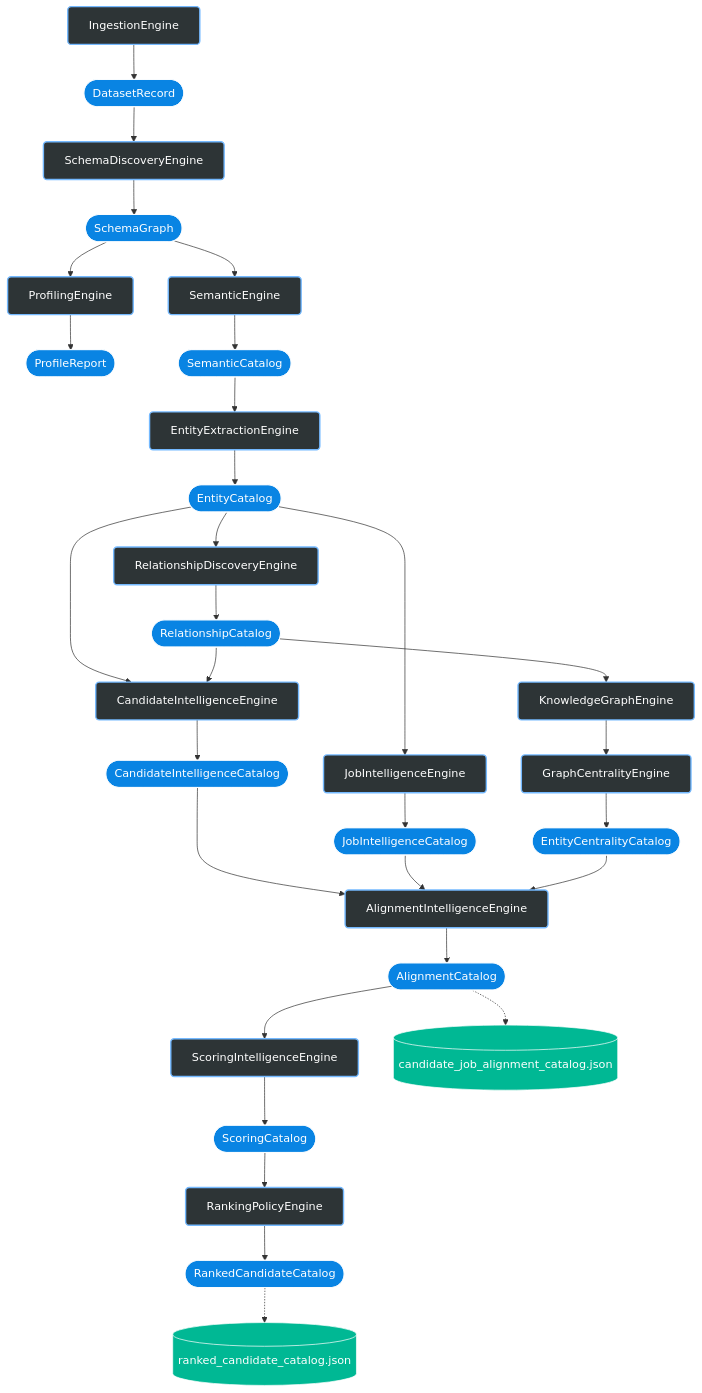
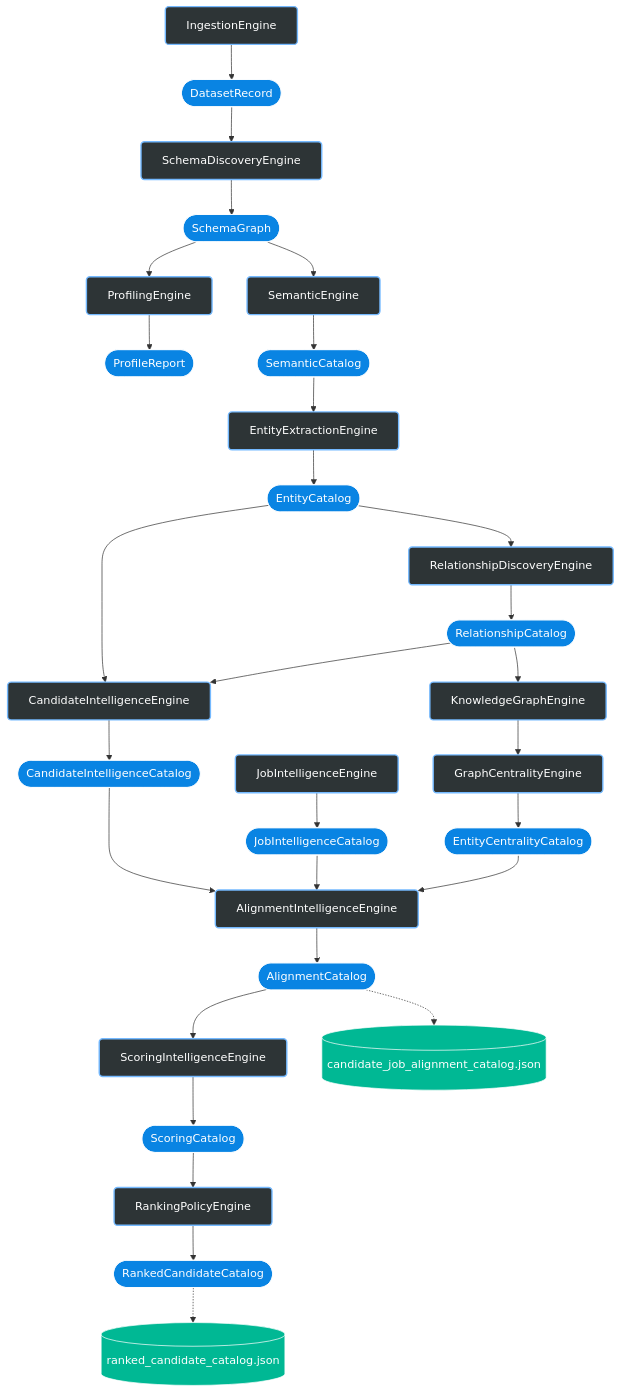
One commit to SaiKarthik547/Ranker-System changed the second of 5 diagrams in README.md. Above: the diagram before and after it, drawn with Mermaid. The commit also changed other lines of this file and 2 other files, not shown here.

Commit message:
docs: refine scoring terminology, clarify engine heuristics, expand test documentation, and add hackathon submission details and architecture updates to README.md

````diff
--- a/README.md
+++ b/README.md
@@ -205,73 +234,73 @@
 ```mermaid
 flowchart TD
     %% Styling
     classDef contract fill:#0984e3,stroke:#fff,stroke-width:1px,color:#fff,rx:10px,ry:10px
     classDef engine fill:#2d3436,stroke:#74b9ff,stroke-width:2px,color:#fff,rx:5px,ry:5px
     classDef artifact fill:#00b894,stroke:#fff,stroke-width:1px,color:#fff,shape:cylinder
 
     %% Data Inputs
     DR([DatasetRecord]):::contract
     SG([SchemaGraph]):::contract
     
     %% Semantic & Entities
     PR([ProfileReport]):::contract
     SC([SemanticCatalog]):::contract
     EC([EntityCatalog]):::contract
     RC([RelationshipCatalog]):::contract
     
     %% Graph Assembly
     CIC([CandidateIntelligenceCatalog]):::contract
     JIC([JobIntelligenceCatalog]):::contract
     ECC([EntityCentralityCatalog]):::contract
     
     %% Alignment and Scoring
     AC([AlignmentCatalog]):::contract
     SCORE([ScoringCatalog]):::contract
     RANK([RankedCandidateCatalog]):::contract
 
     %% Engines
     Eng1[IngestionEngine]:::engine
     Eng2[SchemaDiscoveryEngine]:::engine
     Eng3[ProfilingEngine]:::engine
     Eng4[SemanticEngine]:::engine
     Eng5[EntityExtractionEngine]:::engine
     Eng6[RelationshipDiscoveryEngine]:::engine
     Eng11[CandidateIntelligenceEngine]:::engine
     Eng12[KnowledgeGraphEngine]:::engine
     Eng13[GraphCentralityEngine]:::engine
     Eng14[JobIntelligenceEngine]:::engine
     Eng15[AlignmentIntelligenceEngine]:::engine
     Eng16[ScoringIntelligenceEngine]:::engine
     Eng17[RankingPolicyEngine]:::engine
 
     %% Artifacts
     A1[(ranked_candidate_catalog.json)]:::artifact
     A2[(candidate_job_alignment_catalog.json)]:::artifact
 
     %% Tracing Path
     Eng1 --> DR
     DR --> Eng2 --> SG
     SG --> Eng3 --> PR
     SG --> Eng4 --> SC
     SC --> Eng5 --> EC
     EC --> Eng6 --> RC
     
     EC --> Eng11
     RC --> Eng11
     Eng11 --> CIC
     
     RC --> Eng12
     Eng12 --> Eng13 --> ECC
     
-    EC --> Eng14 --> JIC
+    Eng14 --> JIC
     
     CIC --> Eng15
     JIC --> Eng15
     ECC --> Eng15
     Eng15 --> AC
     AC -.-> A2
     
     AC --> Eng16 --> SCORE
     SCORE --> Eng17 --> RANK
     RANK -.-> A1
 ```
````
